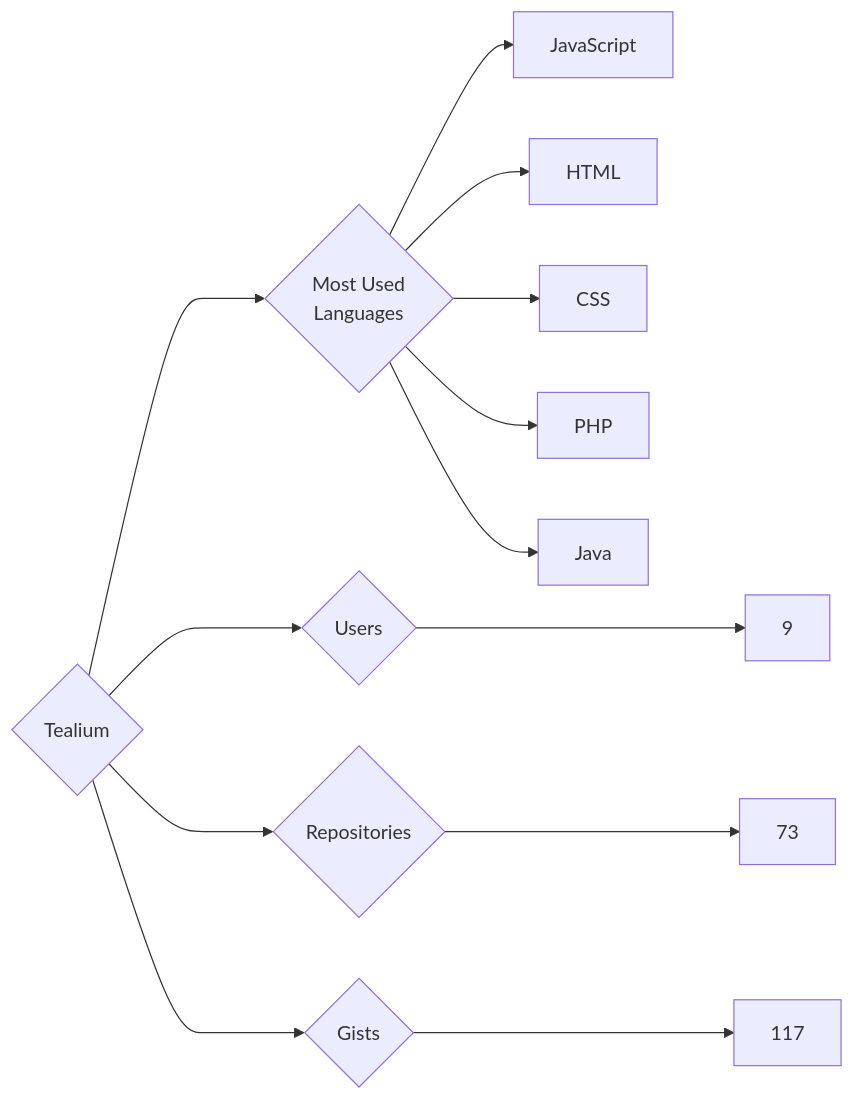
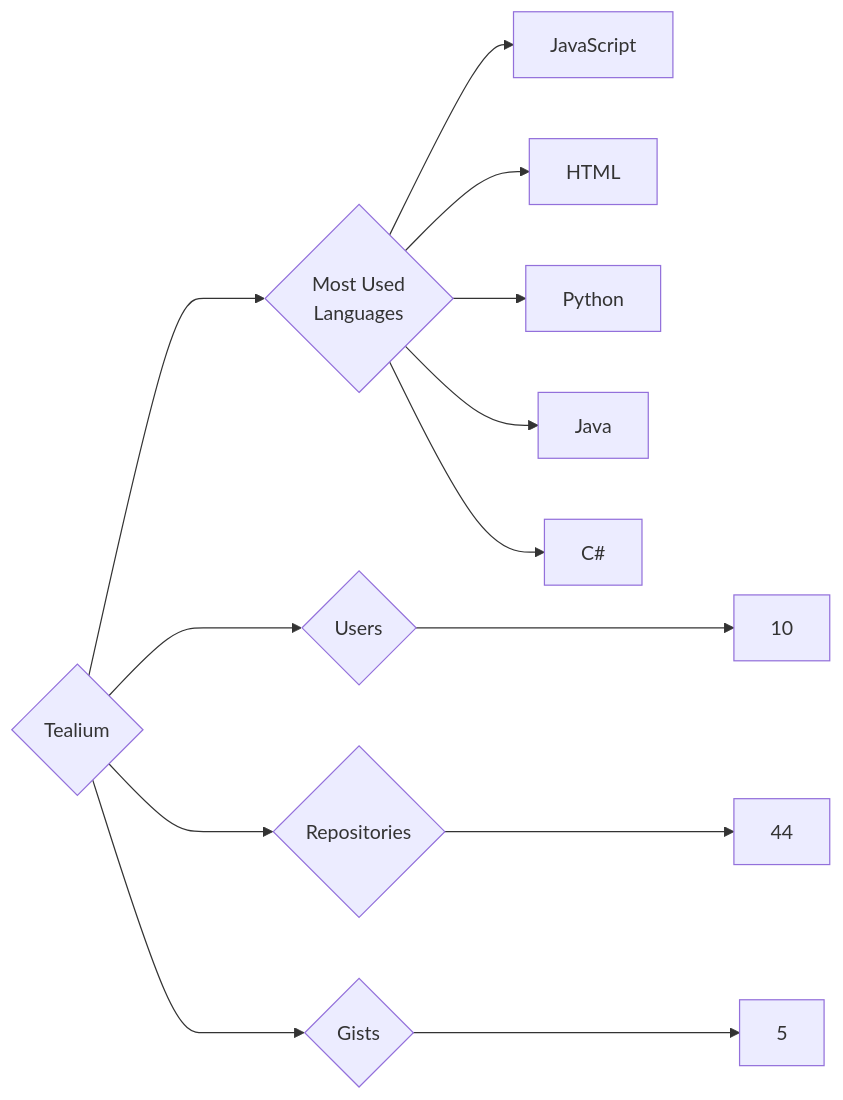
One commit to trickest/insiders changed the diagram in targets/Tealium/README.md. Above: the diagram before and after it, drawn with Mermaid. The commit also changed 1508 other files, not shown here.

````diff
--- a/targets/Tealium/README.md
+++ b/targets/Tealium/README.md
@@ -3,13 +3,13 @@
 ```mermaid
 graph LR
 COMPANY_NAME{Tealium}
-COMPANY_NAME ---> U{Users} ---> UN[9]
-COMPANY_NAME ---> R{Repositories} ---> RN[73]
-COMPANY_NAME ---> G{Gists} ---> GN[117]
+COMPANY_NAME ---> U{Users} ---> UN[10]
+COMPANY_NAME ---> R{Repositories} ---> RN[44]
+COMPANY_NAME ---> G{Gists} ---> GN[5]
 COMPANY_NAME ---> ML{Most Used<br>Languages}
 ML --> JavaScript[JavaScript]
 ML --> HTML[HTML]
-ML --> CSS[CSS]
-ML --> PHP[PHP]
+ML --> Python[Python]
 ML --> Java[Java]
+ML --> C#[C#]
 ```
````
